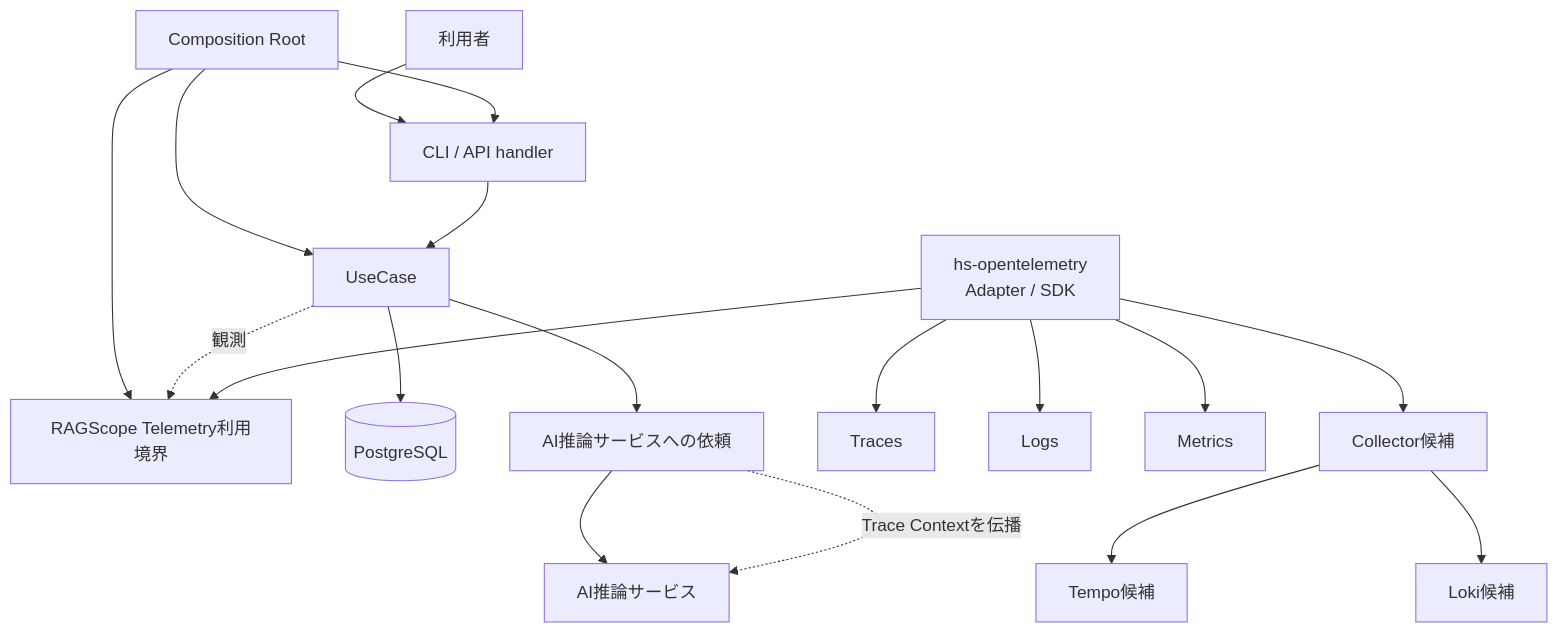
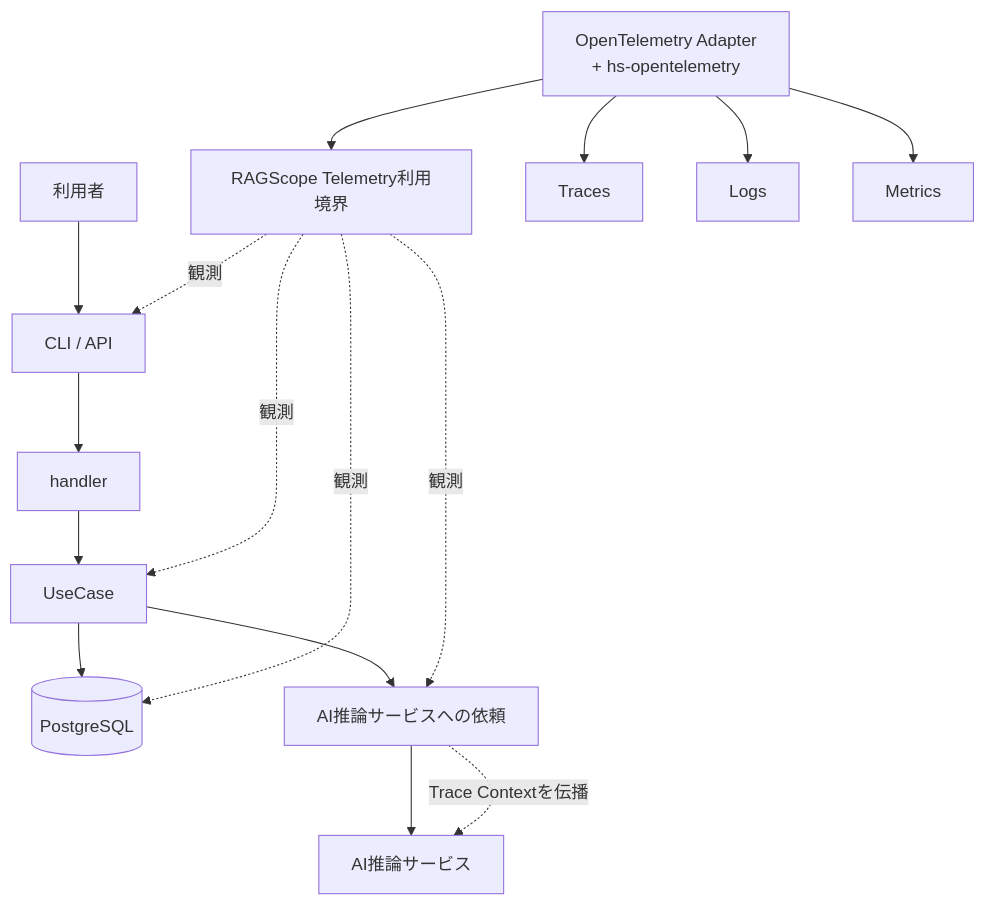
Before and after one commit to takashit16833/Workbench: the first of 3 diagrams in Notes/RAGScope/RAGScopeアプリケーション/RS-0023 Observability設計メモ.md, drawn with Mermaid. The commit also changed other lines of this file and 3 other files, not shown here.

````diff
--- a/Notes/RAGScope/RAGScopeアプリケーション/RS-0023 Observability設計メモ.md
+++ b/Notes/RAGScope/RAGScopeアプリケーション/RS-0023 Observability設計メモ.md
@@ -32,26 +36,21 @@
 ```mermaid
 flowchart TB
-    USER["利用者"] --> H["CLI / API handler"]
-
-    CR["Composition Root"] --> H
-    CR --> UC["UseCase"]
-    CR --> TEL["RAGScope Telemetry利用境界"]
-
-    H --> UC
+    USER["利用者"] --> ENTRY["CLI / API"]
+    ENTRY --> H["handler"]
+    H --> UC["UseCase"]
     UC --> DB[("PostgreSQL")]
     UC --> AIREQ["AI推論サービスへの依頼"]
     AIREQ --> AI["AI推論サービス"]
 
+    TEL["RAGScope Telemetry利用境界"] -. "観測" .-> ENTRY
+    TEL -. "観測" .-> UC
+    TEL -. "観測" .-> DB
+    TEL -. "観測" .-> AIREQ
+
+    OTEL["OpenTelemetry Adapter\n+ hs-opentelemetry"] --> TEL
+    OTEL --> TRACE["Traces"]
+    OTEL --> LOGS["Logs"]
+    OTEL --> METRICS["Metrics"]
+
     AIREQ -. "Trace Contextを伝播" .-> AI
-
-    UC -. "観測" .-> TEL
-    OTEL["hs-opentelemetry\nAdapter / SDK"] --> TEL
-
-    OTEL --> TR["Traces"]
-    OTEL --> LG["Logs"]
-    OTEL --> MT["Metrics"]
-
-    OTEL --> COL["Collector候補"]
-    COL --> TEMPO["Tempo候補"]
-    COL --> LOKI["Loki候補"]
 ```
````
